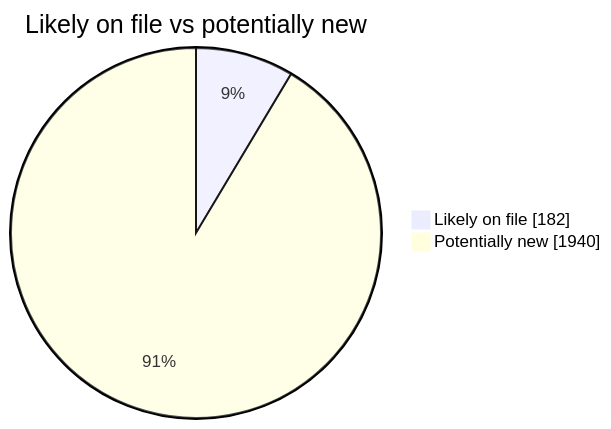
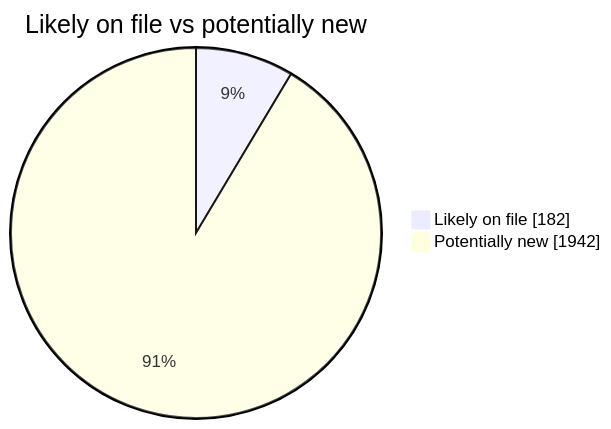
One commit to martinbalfanz/social-scanner-reports changed the second of 4 diagrams in README.md. Above: the diagram before and after it, drawn with Mermaid. The commit also changed other lines of this file and 4 other files, not shown here.

````diff
--- a/README.md
+++ b/README.md
@@ -40,5 +40,5 @@
 ```mermaid
 pie showData title Likely on file vs potentially new
     "Likely on file" : 182
-    "Potentially new" : 1940
+    "Potentially new" : 1942
 ```
````
